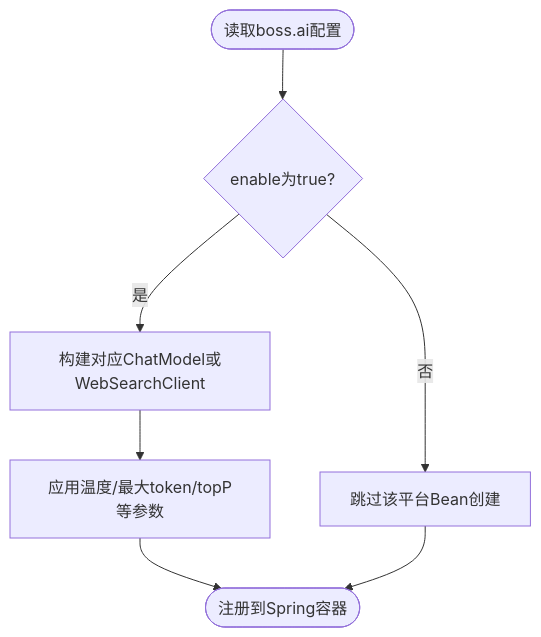
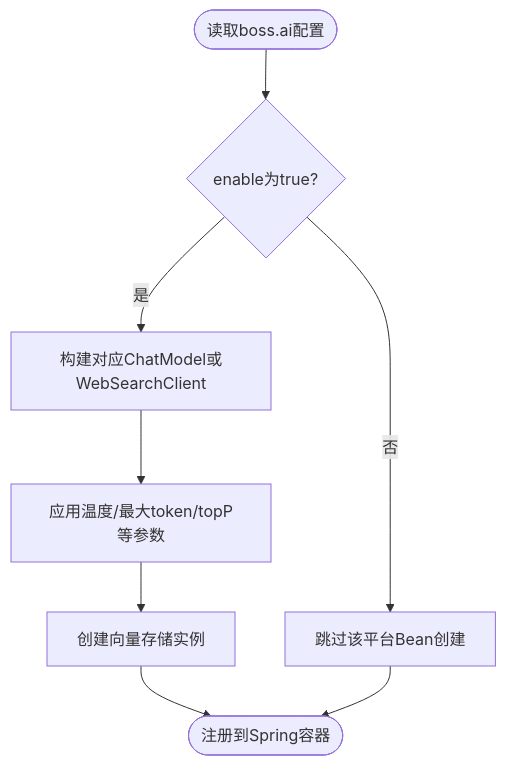
The fourth of 5 diagrams in .qoder/repowiki/zh/content/配置指南.md (X555LB/data-ai), drawn with Mermaid before and after one commit. The commit also changed other lines of this file and 31 other files, not shown here.

````diff
--- a/.qoder/repowiki/zh/content/配置指南.md
+++ b/.qoder/repowiki/zh/content/配置指南.md
@@ -233,9 +274,10 @@
 ```mermaid
 flowchart TD
 Start(["读取boss.ai配置"]) --> CheckEnable{"enable为true?"}
 CheckEnable --> |否| Skip["跳过该平台Bean创建"]
 CheckEnable --> |是| Build["构建对应ChatModel或WebSearchClient"]
 Build --> Options["应用温度/最大token/topP等参数"]
-Options --> Done(["注册到Spring容器"])
+Options --> VectorStore["创建向量存储实例"]
+VectorStore --> Done(["注册到Spring容器"])
 Skip --> Done
 ```
````
